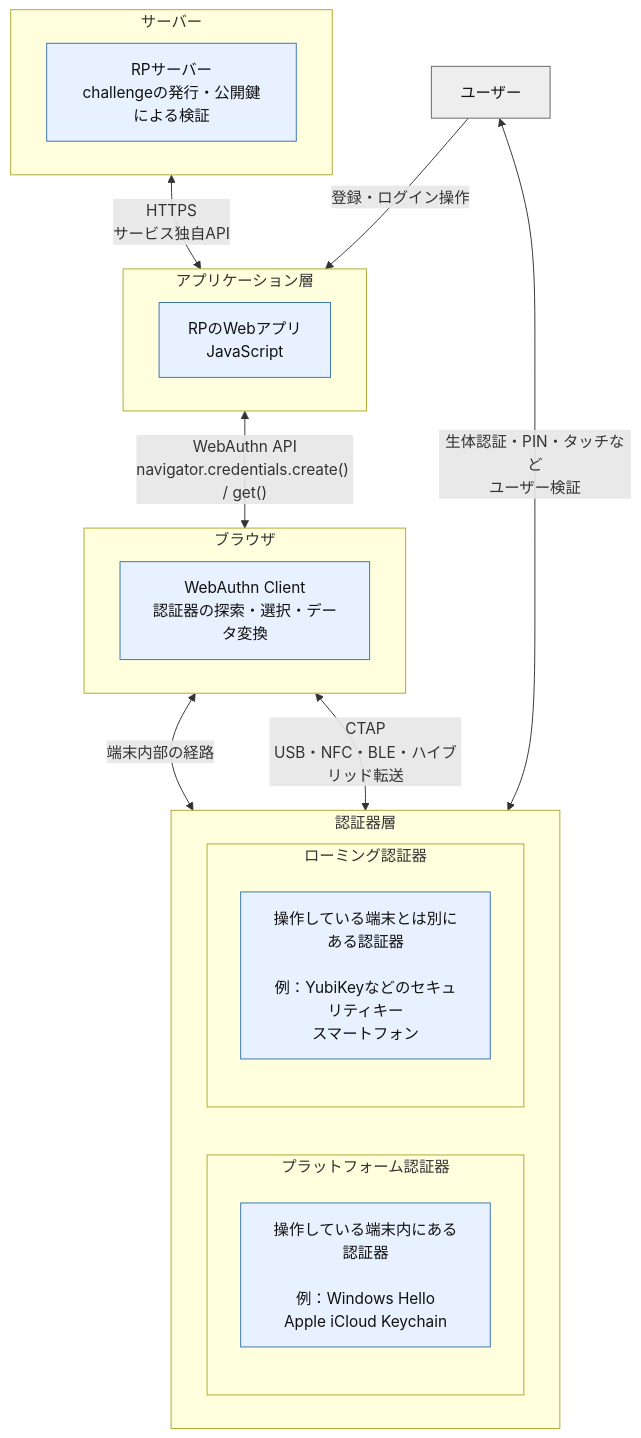
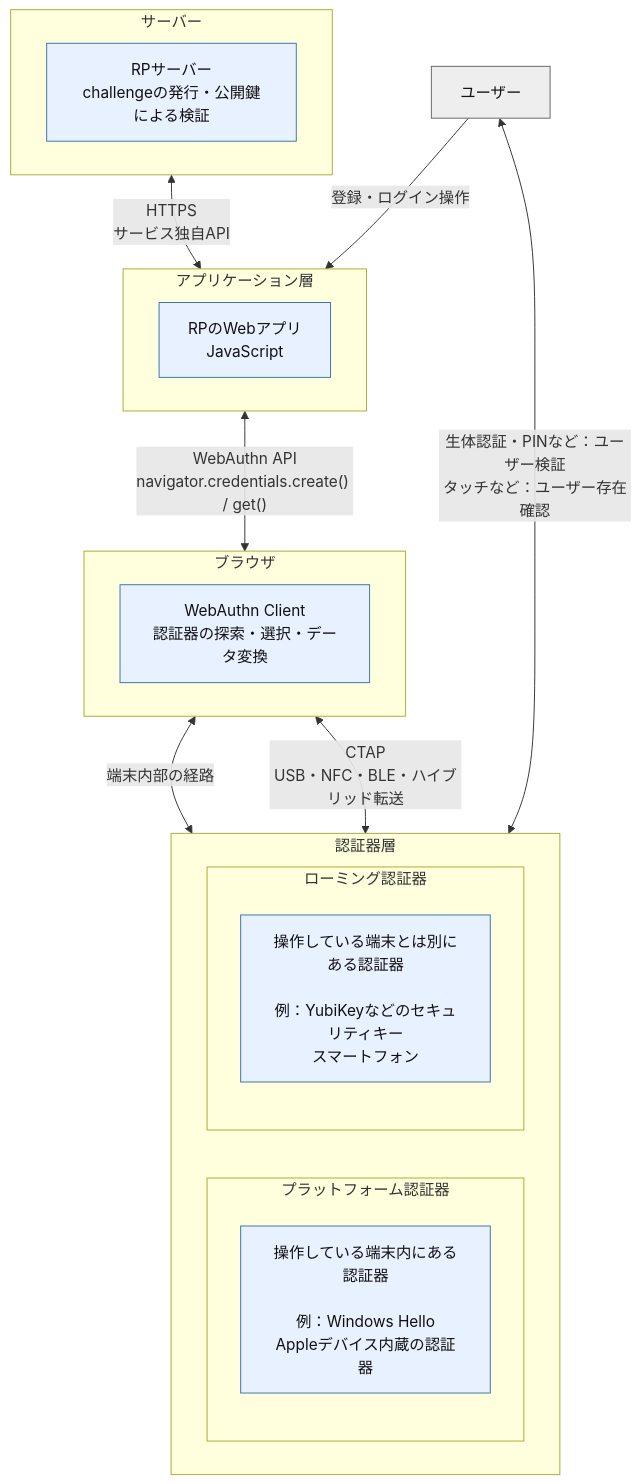
One commit to kapitantan/passkey_sandbox changed the first of 3 diagrams in passkey-introduction-draft.md. Above: the diagram before and after it, drawn with Mermaid. The commit also changed other lines of this file and 1 other file, not shown here.

````diff
--- a/passkey-introduction-draft.md
+++ b/passkey-introduction-draft.md
@@ -109,39 +91,39 @@
 ```mermaid
 flowchart TB
     U["ユーザー"]
 
     subgraph SERVER["サーバー"]
         S["RPサーバー<br>challengeの発行・公開鍵による検証"]
     end
 
     subgraph APP["アプリケーション層"]
         J["RPのWebアプリ<br>JavaScript"]
     end
 
     subgraph BROWSER["ブラウザ"]
         B["WebAuthn Client<br>認証器の探索・選択・データ変換"]
     end
 
     subgraph AUTHENTICATOR["認証器層"]
         direction LR
         subgraph PLATFORM_AUTH["プラットフォーム認証器"]
-            P["操作している端末内にある認証器<br><br>例：Windows Hello<br>Apple iCloud Keychain"]
+            P["操作している端末内にある認証器<br><br>例：Windows Hello<br>Appleデバイス内蔵の認証器"]
         end
         subgraph ROAMING_AUTH["ローミング認証器"]
             R["操作している端末とは別にある認証器<br><br>例：YubiKeyなどのセキュリティキー<br>スマートフォン"]
         end
     end
 
     SERVER <-->|"HTTPS<br>サービス独自API"| APP
     APP <-->|"WebAuthn API<br>navigator.credentials.create() / get()"| BROWSER
     BROWSER <-->|"端末内部の経路"| PLATFORM_AUTH
     BROWSER <-->|"CTAP<br>USB・NFC・BLE・ハイブリッド転送"| ROAMING_AUTH
 
     U -->|"登録・ログイン操作"| APP
-    U <-->|"生体認証・PIN・タッチなど<br>ユーザー検証"| AUTHENTICATOR
+    U <-->|"生体認証・PINなど：ユーザー検証<br>タッチなど：ユーザー存在確認"| AUTHENTICATOR
 
     classDef component fill:#e8f1ff,stroke:#3973ac,color:#111;
     classDef actor fill:#eeeeee,stroke:#666666,color:#111;
     class S,J,B,P,R component;
     class U actor;
 ```
````
